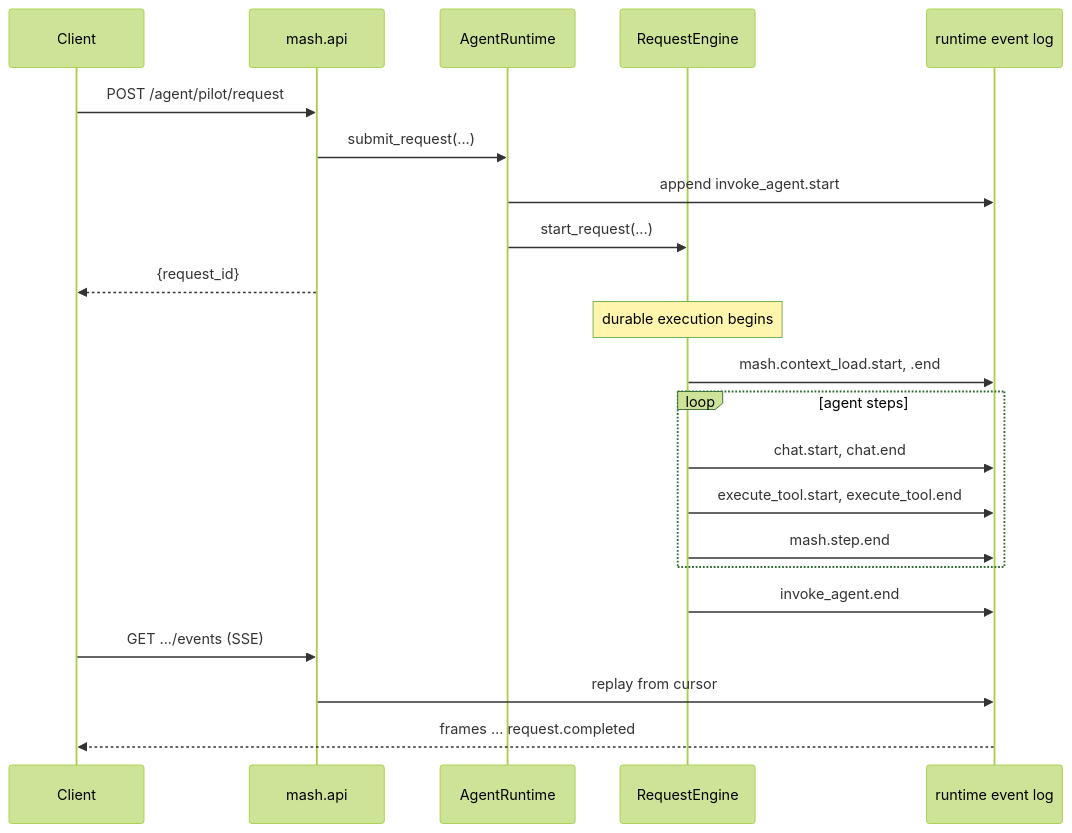
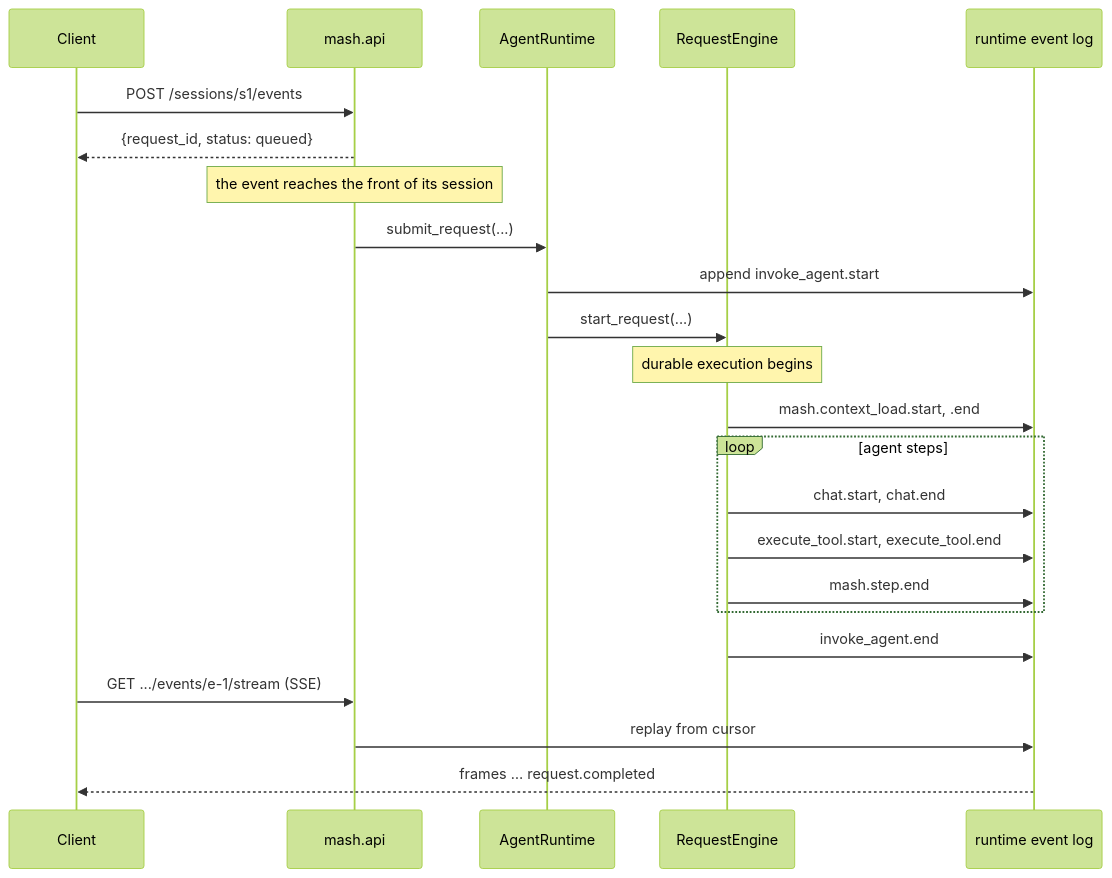
Before and after one commit to imsid/mashpy: the diagram in docs/posts/request-lifecycle.md, drawn with Mermaid (forest theme). The commit also changed other lines of this file and 271 other files, not shown here.

First line of the commit message:
feat!: request lifecycle v2: sessions, events and policies (#285)

````diff
--- a/docs/posts/request-lifecycle.md
+++ b/docs/posts/request-lifecycle.md
@@ -56,25 +54,26 @@
 ```mermaid
 sequenceDiagram
     participant Client
     participant API as mash.api
     participant Runtime as AgentRuntime
     participant Engine as RequestEngine
     participant Log as runtime event log
 
-    Client->>API: POST /agent/pilot/request
+    Client->>API: POST /sessions/s1/events
+    API-->>Client: {request_id, status: queued}
+    Note over API: the event reaches the front of its session
     API->>Runtime: submit_request(...)
     Runtime->>Log: append invoke_agent.start
     Runtime->>Engine: start_request(...)
-    API-->>Client: {request_id}
     Note over Engine: durable execution begins
     Engine->>Log: mash.context_load.start, .end
     loop agent steps
         Engine->>Log: chat.start, chat.end
         Engine->>Log: execute_tool.start, execute_tool.end
         Engine->>Log: mash.step.end
     end
     Engine->>Log: invoke_agent.end
-    Client->>API: GET .../events (SSE)
+    Client->>API: GET .../events/e-1/stream (SSE)
     API->>Log: replay from cursor
     Log-->>Client: frames … request.completed
 ```
````
